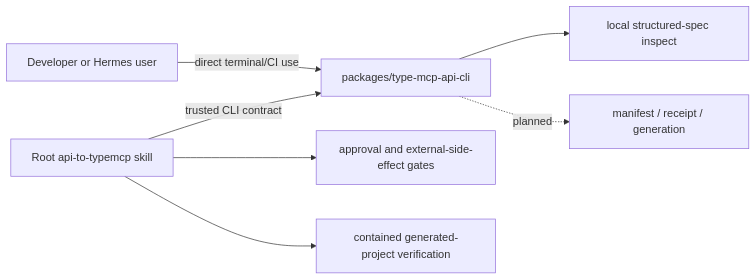
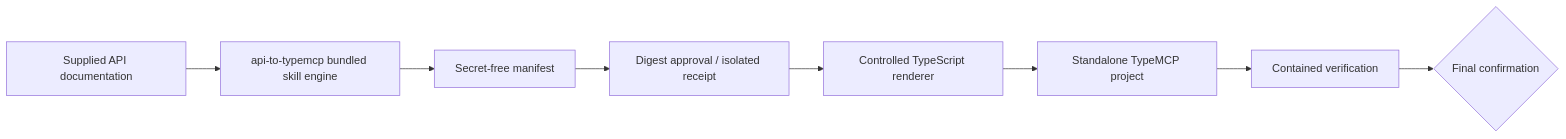
The diagram in docs/architecture/overview.md (Theorvane/type-mcp-api-agent-skill), drawn with Mermaid before and after one commit. The commit also changed other lines of this file and 73 other files, not shown here.

First line of the commit message:
feat(48): embed TypeMCP generator — Tasks 2–3 (manifest engine + approval gate) (#49)

````diff
--- a/docs/architecture/overview.md
+++ b/docs/architecture/overview.md
@@ -7,10 +7,10 @@
 ```mermaid
 flowchart LR
-  User[Developer or Hermes user]
-  Skill[Root api-to-typemcp skill] -->|trusted CLI contract| CLI[packages/type-mcp-api-cli]
-  User -->|direct terminal/CI use| CLI
-  CLI --> Inspect[local structured-spec inspect]
-  CLI -. planned .-> Manifest[manifest / receipt / generation]
-  Skill --> Approval[approval and external-side-effect gates]
-  Skill --> Verify[contained generated-project verification]
+  Source[Supplied API documentation] --> Engine[api-to-typemcp bundled skill engine]
+  Engine --> Manifest[Secret-free manifest]
+  Manifest --> Approval[Digest approval / isolated receipt]
+  Approval --> Render[Controlled TypeScript renderer]
+  Render --> Project[Standalone TypeMCP project]
+  Project --> Verify[Contained verification]
+  Verify --> Publish{Final confirmation}
 ```
````
